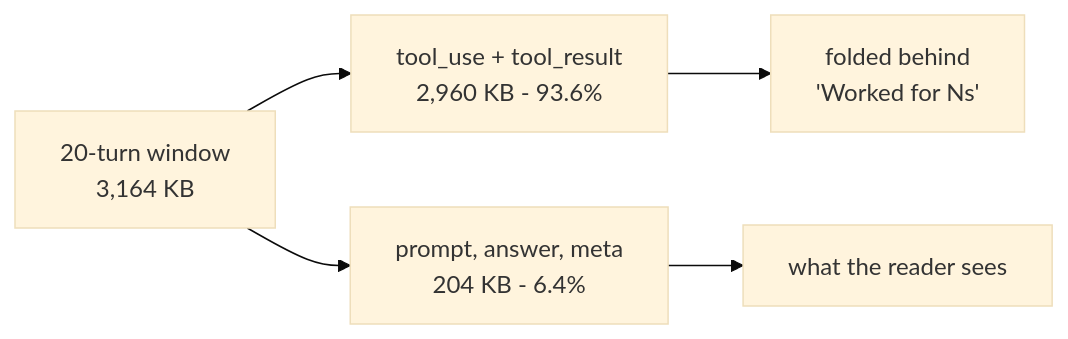
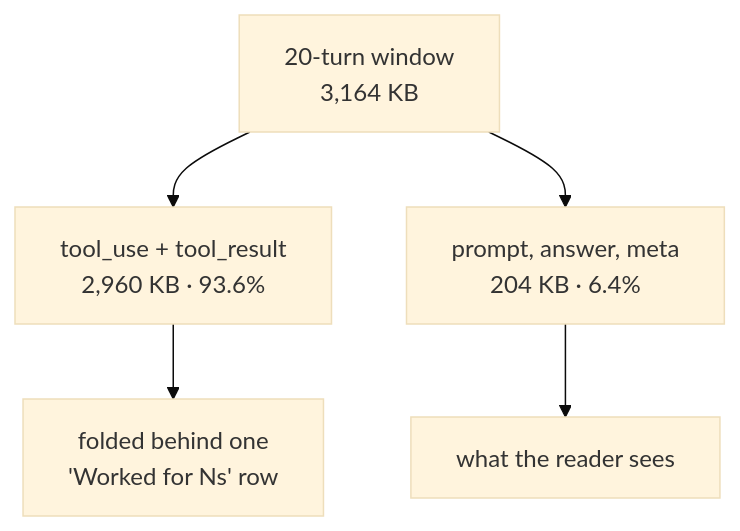
One commit to ViktorBarzin/terminal-lobby changed the fourth of 4 diagrams in docs/plans/2026-08-28-text-reverse-transcript-load-design.md. Above: the diagram before and after it, drawn with Mermaid (base theme). The commit also changed other lines of this file, not shown here.

First line of the commit message:
docs: tone pass and a portrait-friendly diagram on the reverse-load design

````diff
--- a/docs/plans/2026-08-28-text-reverse-transcript-load-design.md
+++ b/docs/plans/2026-08-28-text-reverse-transcript-load-design.md
@@ -206,7 +206,8 @@
 ```mermaid
-flowchart LR
-    W["20-turn window<br/>3,164 KB"] --> T["tool_use + tool_result<br/>2,960 KB - 93.6%"]
-    W --> V["prompt, answer, meta<br/>204 KB - 6.4%"]
-    T --> F["folded behind<br/>'Worked for Ns'"]
+flowchart TD
+    W["20-turn window<br/>3,164 KB"]
+    W --> T["tool_use + tool_result<br/>2,960 KB &middot; 93.6%"]
+    W --> V["prompt, answer, meta<br/>204 KB &middot; 6.4%"]
+    T --> F["folded behind one<br/>'Worked for Ns' row"]
     V --> R["what the reader sees"]
 ```
````
